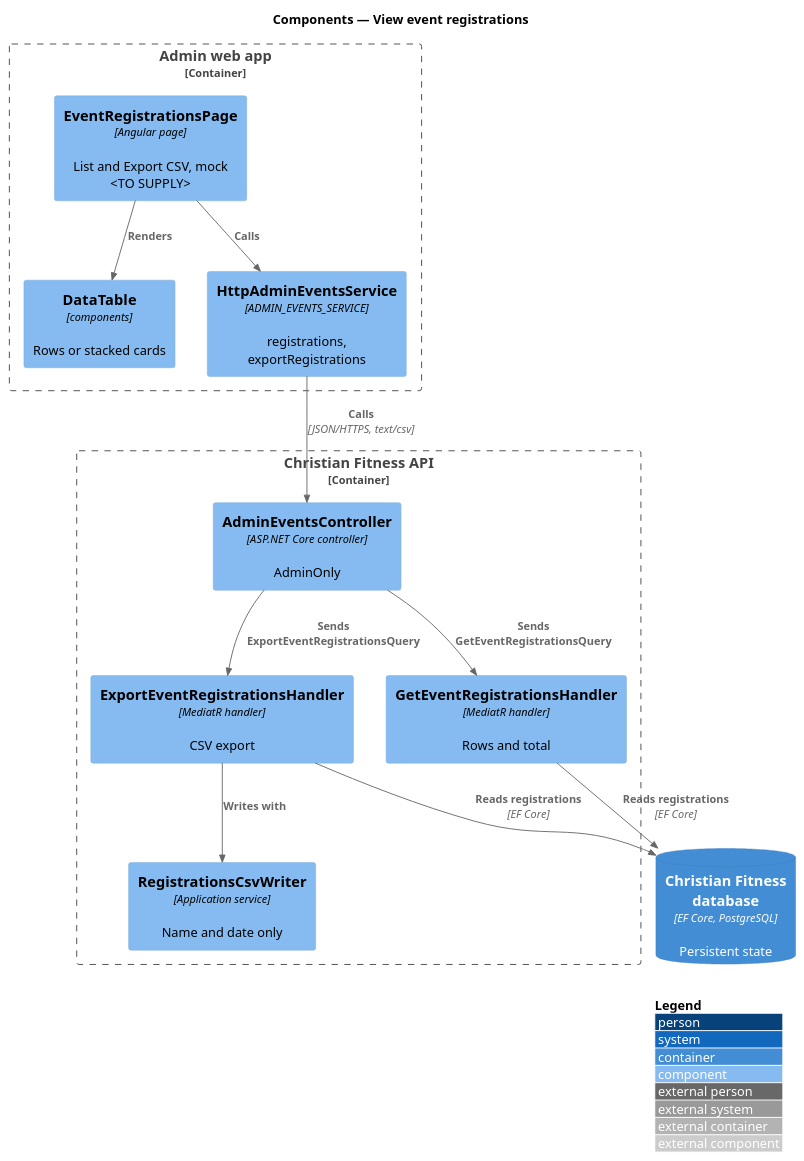
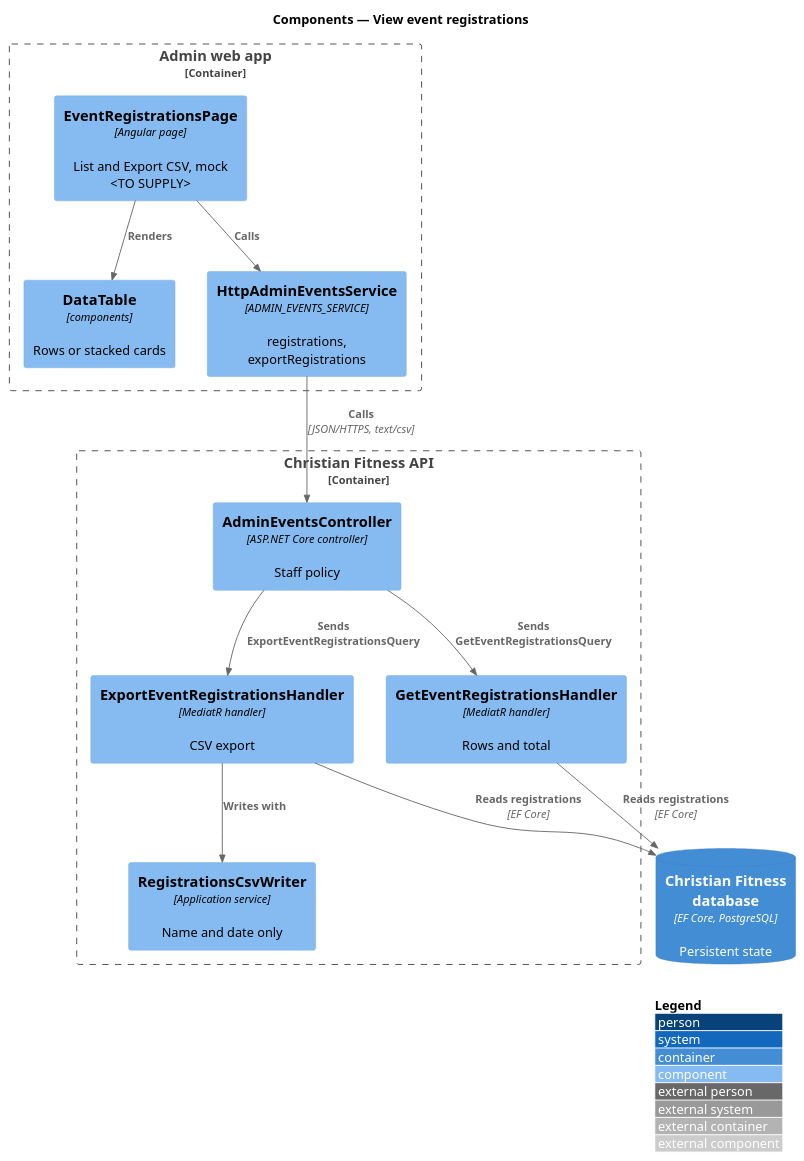
Before and after one commit to QuinntyneBrown/christian-fitness: the diagram in docs/detailed-designs/admin-events/view-event-registrations/diagrams/c4-component.puml, drawn with PlantUML. The commit also changed 32 other files, not shown here.

```diff
--- a/docs/detailed-designs/admin-events/view-event-registrations/diagrams/c4-component.puml
+++ b/docs/detailed-designs/admin-events/view-event-registrations/diagrams/c4-component.puml
@@ -1,27 +1,27 @@
 @startuml
 !include <C4/C4_Component>
 LAYOUT_WITH_LEGEND()
 title Components — View event registrations
 
 Container_Boundary(admin, "Admin web app") {
   Component(page, "EventRegistrationsPage", "Angular page", "List and Export CSV, mock <TO SUPPLY>")
   Component(table, "DataTable", "components", "Rows or stacked cards")
   Component(svc, "HttpAdminEventsService", "ADMIN_EVENTS_SERVICE", "registrations, exportRegistrations")
 }
 Container_Boundary(api, "Christian Fitness API") {
-  Component(ctrl, "AdminEventsController", "ASP.NET Core controller", "AdminOnly")
+  Component(ctrl, "AdminEventsController", "ASP.NET Core controller", "Staff policy")
   Component(list, "GetEventRegistrationsHandler", "MediatR handler", "Rows and total")
   Component(exp, "ExportEventRegistrationsHandler", "MediatR handler", "CSV export")
   Component(csv, "RegistrationsCsvWriter", "Application service", "Name and date only")
 }
 ContainerDb(db, "Christian Fitness database", "EF Core, PostgreSQL", "Persistent state")
 
 Rel(page, table, "Renders")
 Rel(page, svc, "Calls")
 Rel(svc, ctrl, "Calls", "JSON/HTTPS, text/csv")
 Rel(ctrl, list, "Sends GetEventRegistrationsQuery")
 Rel(ctrl, exp, "Sends ExportEventRegistrationsQuery")
 Rel(exp, csv, "Writes with")
 Rel(list, db, "Reads registrations", "EF Core")
 Rel(exp, db, "Reads registrations", "EF Core")
 @enduml
```
